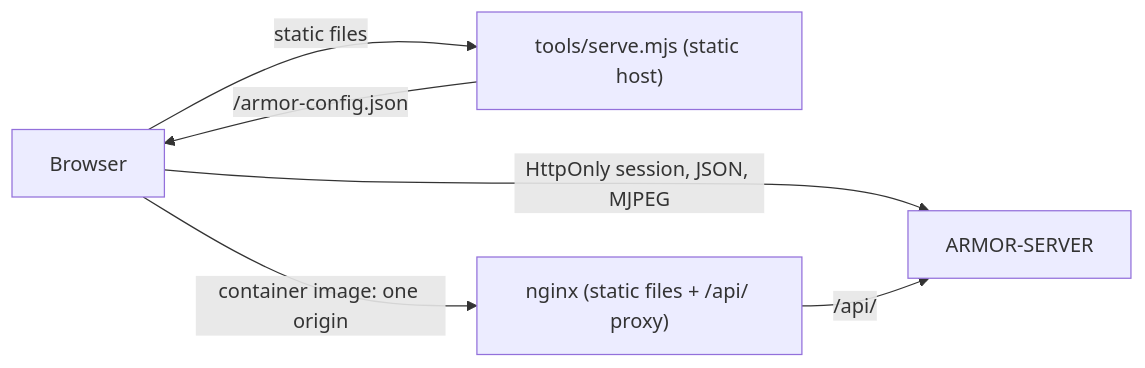
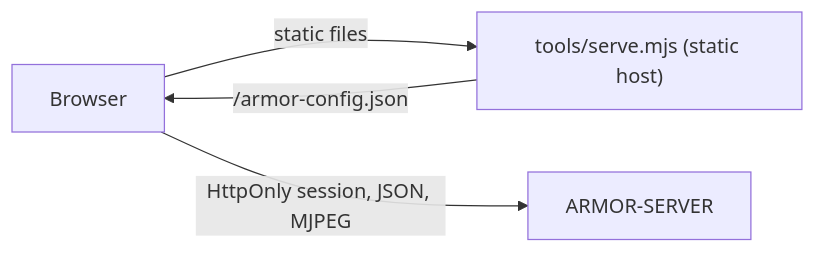
Before and after one commit to JuanenRac/ARMOR-STUDIO: the diagram in README.md, drawn with Mermaid. The commit also changed other lines of this file and 14 other files, not shown here.

````diff
--- a/README.md
+++ b/README.md
@@ -82,8 +82,6 @@
 ```mermaid
 flowchart LR
     B["Browser"] -->|"static files"| H["tools/serve.mjs (static host)"]
     B -->|"HttpOnly session, JSON, MJPEG"| S["ARMOR-SERVER"]
     H -->|"/armor-config.json"| B
-    B -->|"container image: one origin"| N["nginx (static files + /api/ proxy)"]
-    N -->|"/api/"| S
 ```
````
